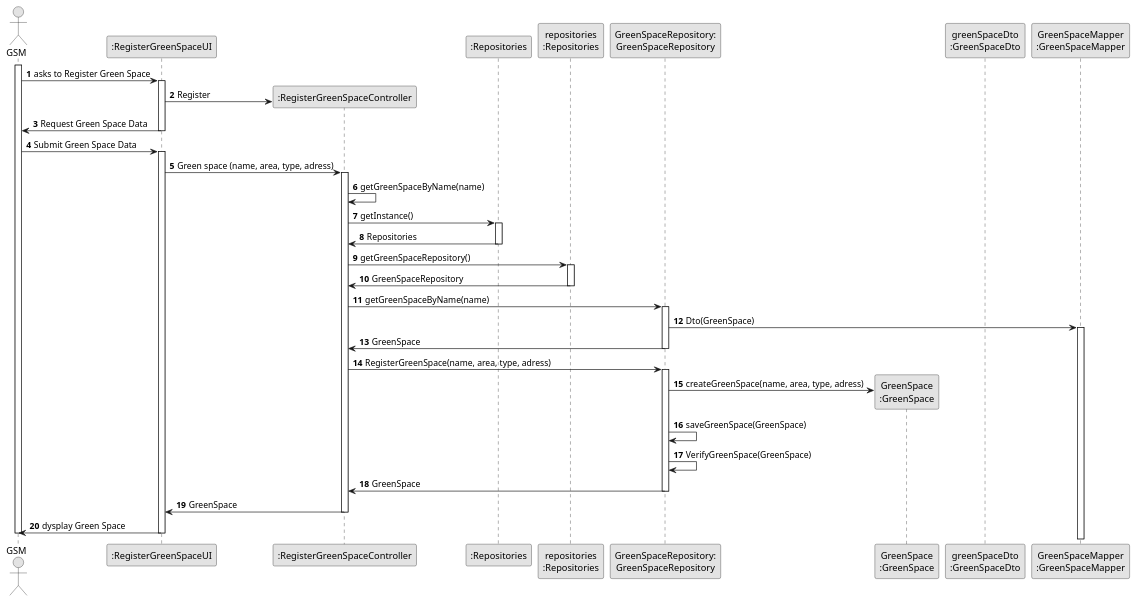
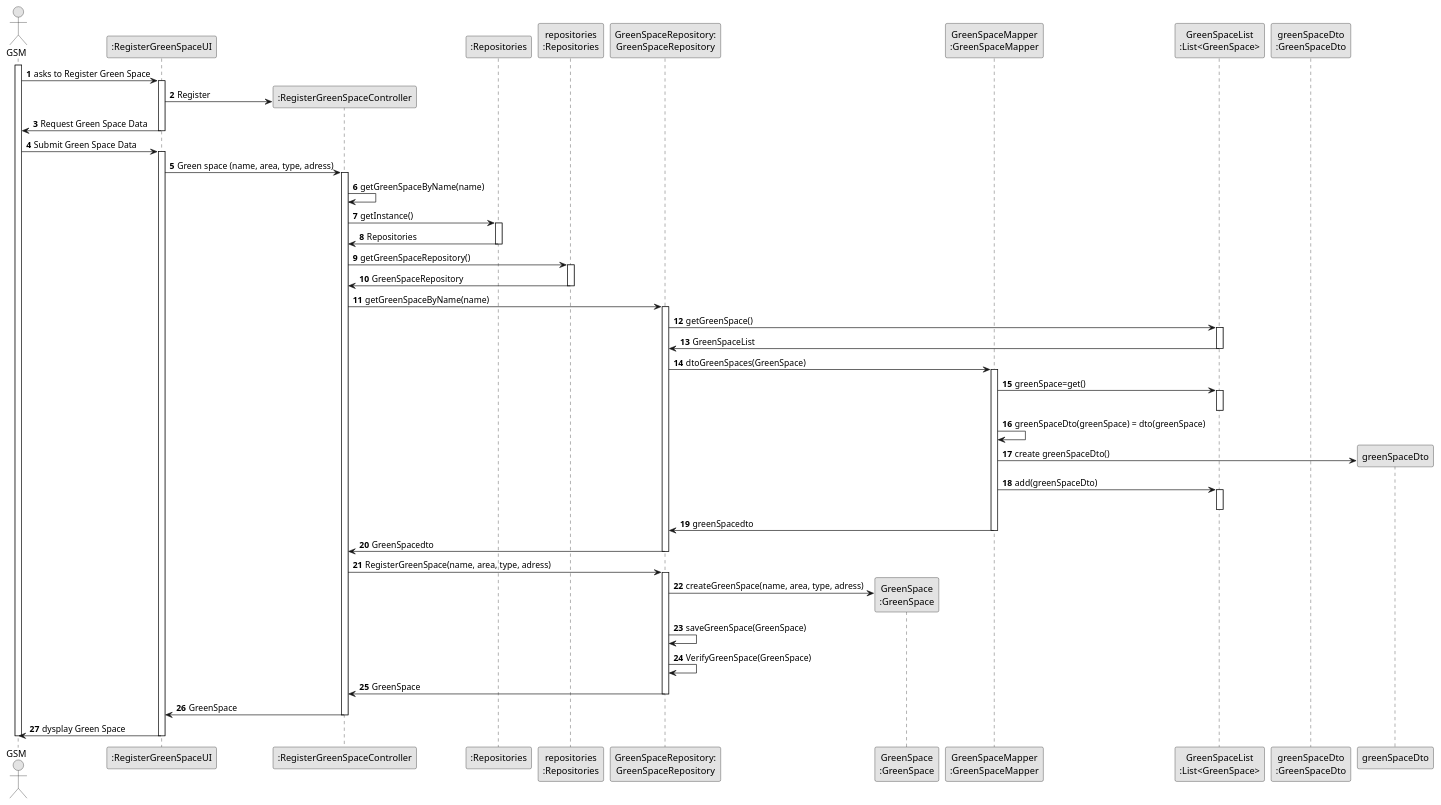
The diagram in docs/sprintC/us020/03.design/puml/us020-sequence-diagram-full.puml (Departamento-de-Engenharia-Informatica/lei-24-s2-1dm-g132), drawn with PlantUML before and after one commit. The commit also changed 2 other files, not shown here.

Commit message:
Classes with dto

```diff
--- a/docs/sprintC/us020/03.design/puml/us020-sequence-diagram-full.puml
+++ b/docs/sprintC/us020/03.design/puml/us020-sequence-diagram-full.puml
@@ -1,109 +1,122 @@
 @startuml
 skinparam monochrome true
 skinparam packageStyle rectangle
 skinparam shadowing false
 
 autonumber
 
 actor "GSM" as GSM
 participant ":RegisterGreenSpaceUI" as UI
 participant ":RegisterGreenSpaceController" as CTRL
 participant ":Repositories" as RepositorySingleton
 participant "repositories\n:Repositories" as PLAT
 participant "GreenSpaceRepository:\nGreenSpaceRepository" as GreenSpaceRepository
 participant "GreenSpace\n:GreenSpace" as GreenSpace
+participant "GreenSpaceMapper\n:GreenSpaceMapper" as GreenSpaceMapper
+participant "GreenSpaceList\n:List<GreenSpace>" as GreenSpaceList
 participant "greenSpaceDto\n:GreenSpaceDto" as GreenSpaceDto
-participant "GreenSpaceMapper\n:GreenSpaceMapper" as GreenSpaceMapper
 
 activate GSM
 
         GSM -> UI : asks to Register Green Space
 
         activate UI
 
         UI -> CTRL** : Register
 
         UI ->GSM : Request Green Space Data
 
         deactivate UI
 
         GSM -> UI : Submit Green Space Data
 
         activate UI
 
         UI -> CTRL : Green space (name, area, type, adress)
 
         activate CTRL
 
         CTRL -> CTRL : getGreenSpaceByName(name)
 
         CTRL -> RepositorySingleton : getInstance()
 
         activate RepositorySingleton
 
         RepositorySingleton -> CTRL : Repositories
 
         deactivate RepositorySingleton
 
         CTRL -> PLAT : getGreenSpaceRepository()
 
         activate PLAT
 
         PLAT -> CTRL : GreenSpaceRepository
 
         deactivate PLAT
 
         CTRL -> GreenSpaceRepository : getGreenSpaceByName(name)
 
         activate GreenSpaceRepository
 
-        GreenSpaceRepository -> GreenSpaceMapper : Dto(GreenSpace)
+        GreenSpaceRepository -> GreenSpaceList : getGreenSpace()
+
+        activate GreenSpaceList
+
+        GreenSpaceList -> GreenSpaceRepository : GreenSpaceList
+
+        deactivate GreenSpaceList
+
+        GreenSpaceRepository -> GreenSpaceMapper : dtoGreenSpaces(GreenSpace)
 
         activate GreenSpaceMapper
 
-        GreenSpaceRepository -> CTRL : GreenSpace
+        GreenSpaceMapper -> GreenSpaceList : greenSpace=get()
+
+        activate GreenSpaceList
+
+        deactivate GreenSpaceList
+
+        GreenSpaceMapper -> GreenSpaceMapper : greenSpaceDto(greenSpace) = dto(greenSpace)
+
+        GreenSpaceMapper -> greenSpaceDto** :create greenSpaceDto()
+
+       GreenSpaceMapper-> GreenSpaceList : add(greenSpaceDto)
+
+       activate GreenSpaceList
+
+       deactivate GreenSpaceList
+
+       GreenSpaceMapper -> GreenSpaceRepository : greenSpacedto
+
+       deactivate GreenSpaceMapper
+
+        GreenSpaceRepository -> CTRL : GreenSpacedto
 
         deactivate GreenSpaceRepository
 
         CTRL -> GreenSpaceRepository : RegisterGreenSpace(name, area, type, adress)
 
         activate GreenSpaceRepository
 
         GreenSpaceRepository -> GreenSpace** : createGreenSpace(name, area, type, adress)
 
 
         GreenSpaceRepository -> GreenSpaceRepository : saveGreenSpace(GreenSpace)
 
         GreenSpaceRepository -> GreenSpaceRepository : VerifyGreenSpace(GreenSpace)
 
         GreenSpaceRepository -> CTRL : GreenSpace
 
         deactivate GreenSpaceRepository
 
         CTRL -> UI : GreenSpace
 
         deactivate CTRL
 
         UI -> GSM : dysplay Green Space
 
         deactivate UI
 
         deactivate GSM
 
-
-
-
-
-
-
-
-
-
-
-
-
-
-
-
-
 @enduml
```
